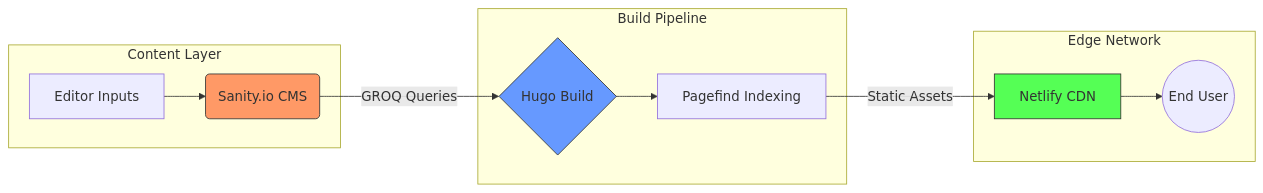
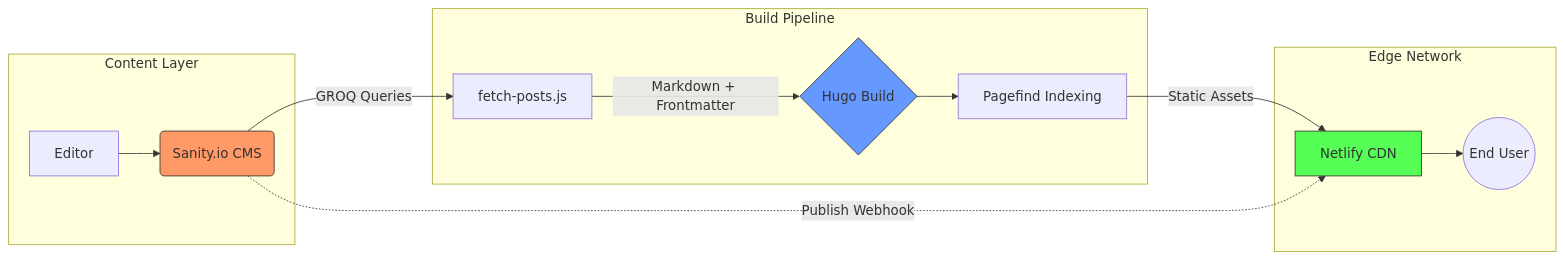
The diagram in README.md (Kartik199/mind-the-lines), drawn with Mermaid before and after one commit. The commit also changed other lines of this file, not shown here.

````diff
--- a/README.md
+++ b/README.md
@@ -22,20 +22,23 @@
 ```mermaid
 graph LR
     subgraph CMS [Content Layer]
-        A[Editor Inputs] --> B(Sanity.io CMS)
+        A[Editor] --> B(Sanity.io CMS)
     end
 
     subgraph Build [Build Pipeline]
-        B -- "GROQ Queries" --> C{Hugo Build}
-        C --> D[Pagefind Indexing]
+        C[fetch-posts.js] -- "Markdown + Frontmatter" --> D{Hugo Build}
+        D --> E[Pagefind Indexing]
     end
 
     subgraph Distribution [Edge Network]
-        D -- "Static Assets" --> E[Netlify CDN]
-        E --> F((End User))
+        E -- "Static Assets" --> F[Netlify CDN]
+        F --> G((End User))
     end
 
+    B -- "GROQ Queries" --> C
+    B -. "Publish Webhook" .-> F
+
     style B fill:#f96,stroke:#333,stroke-width:1px
-    style C fill:#69f,stroke:#333,stroke-width:1px
-    style E fill:#5f5,stroke:#333,stroke-width:1px
-```  
+    style D fill:#69f,stroke:#333,stroke-width:1px
+    style F fill:#5f5,stroke:#333,stroke-width:1px
+```
````
